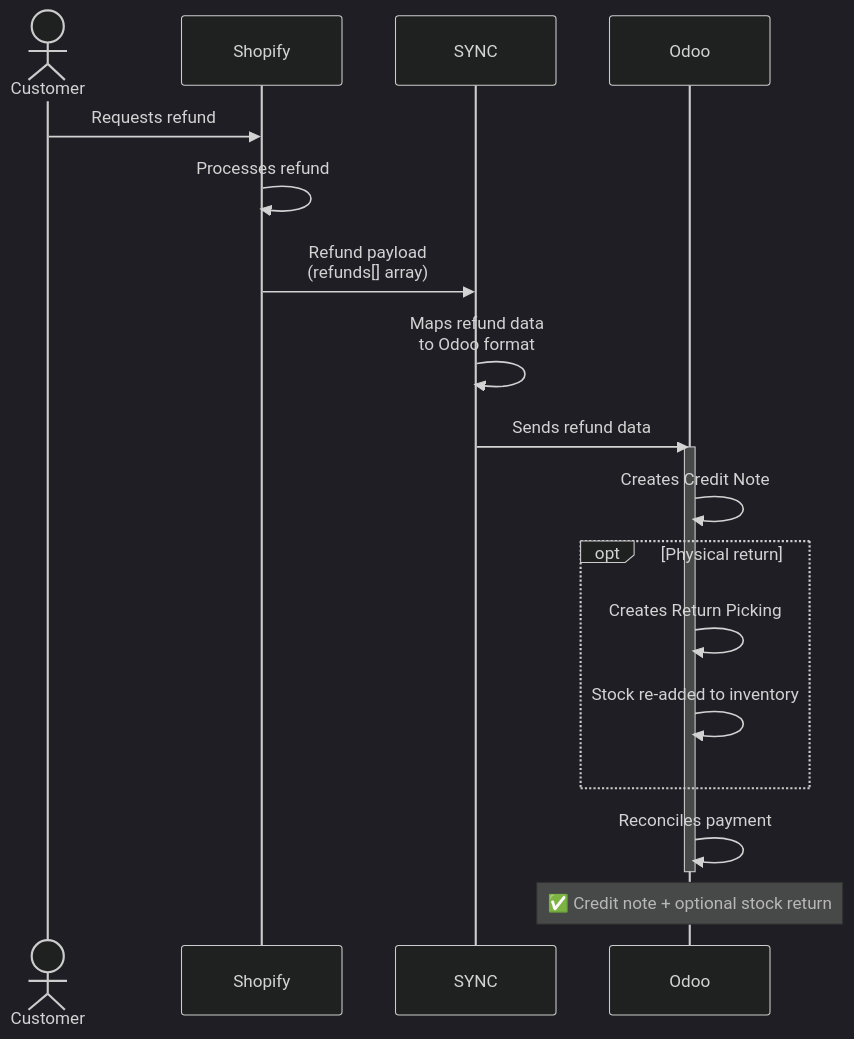
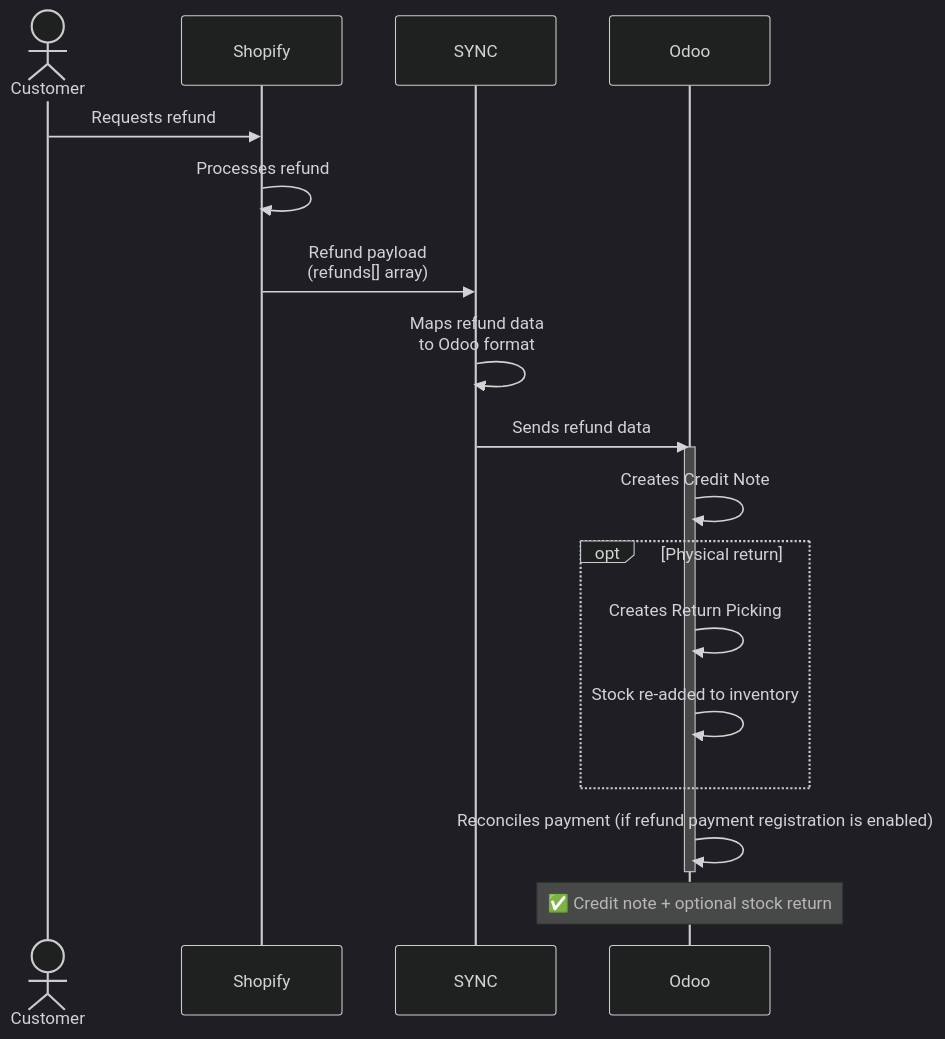
One commit to ozan-droid/documents changed diagram 12 of 16 in shopify-sync-odoo-scenarios.md. Above: the diagram before and after it, drawn with Mermaid (dark theme). The commit also changed other lines of this file, not shown here.

````diff
--- a/shopify-sync-odoo-scenarios.md
+++ b/shopify-sync-odoo-scenarios.md
@@ -506,27 +509,27 @@
 ```mermaid
 sequenceDiagram
     actor Customer
     participant Shopify
     participant SYNC
     participant Odoo
 
     Customer->>Shopify: Requests refund
     Shopify->>Shopify: Processes refund
 
     Shopify->>SYNC: Refund payload<br/>(refunds[] array)
     SYNC->>SYNC: Maps refund data<br/>to Odoo format
     SYNC->>Odoo: Sends refund data
 
     activate Odoo
     Odoo->>Odoo: Creates Credit Note
     
     opt Physical return
         Odoo->>Odoo: Creates Return Picking
         Odoo->>Odoo: Stock re-added to inventory
     end
 
-    Odoo->>Odoo: Reconciles payment
+    Odoo->>Odoo: Reconciles payment (if refund payment registration is enabled)
     deactivate Odoo
 
     Note over Odoo: ✅ Credit note + optional stock return
 ```
````
